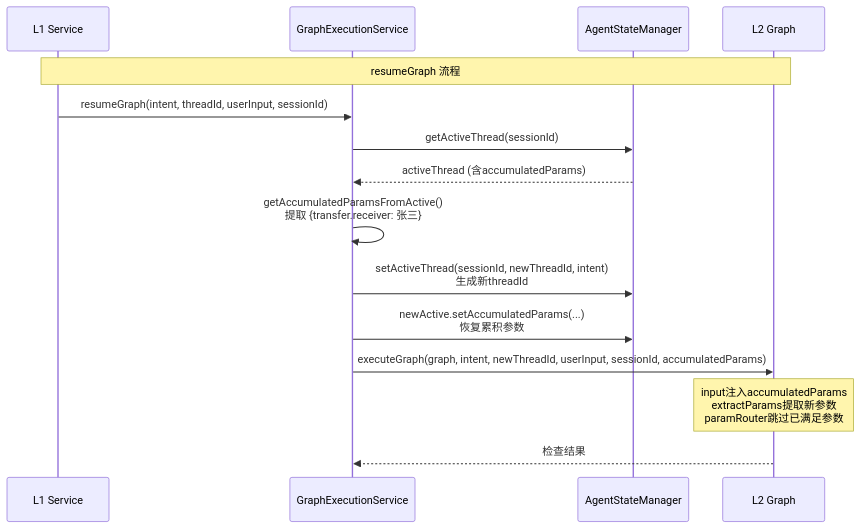
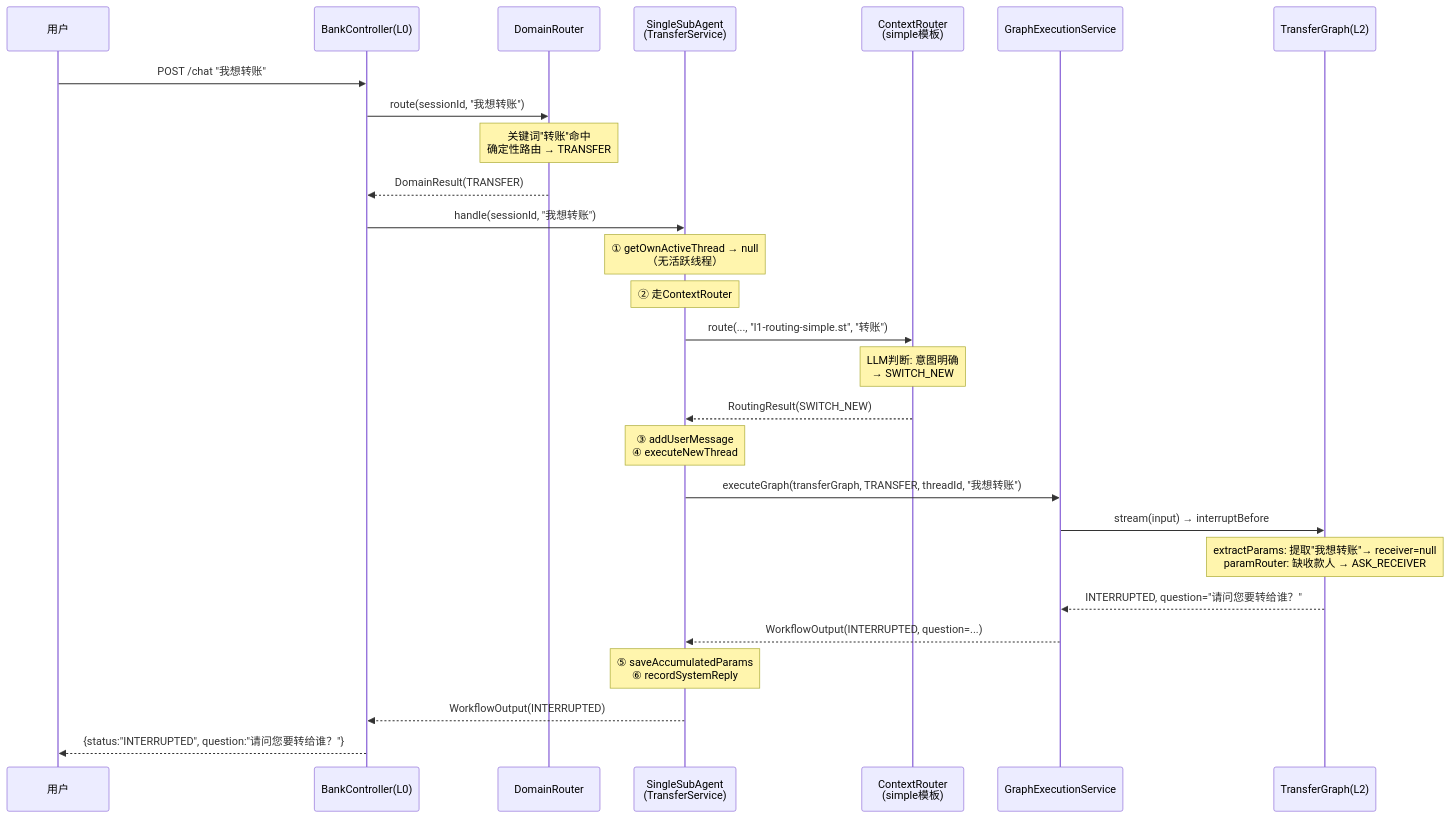
The fifth of 17 diagrams in ARCHITECTURE-FULL.md (michael-lin-45/mobile-ai-bank-demo---workbuddy), drawn with Mermaid before and after one commit. The commit also changed other lines of this file and 9 other files, not shown here.

````diff
--- a/ARCHITECTURE-FULL.md
+++ b/ARCHITECTURE-FULL.md
@@ -359,18 +423,33 @@
 ```mermaid
 sequenceDiagram
-    participant L1 as L1 Service
+    participant U as 用户
+    participant BC as BankController(L0)
+    participant DR as DomainRouter
+    participant SSAD as SingleSubAgent<br/>(TransferService)
+    participant CR as ContextRouter<br/>(simple模板)
     participant GES as GraphExecutionService
-    participant ASM as AgentStateManager
-    participant Graph as L2 Graph
+    participant TG as TransferGraph(L2)
+
+    U->>BC: POST /chat "我想转账"
+    BC->>DR: route(sessionId, "我想转账")
+    Note over DR: 关键词"转账"命中<br/>确定性路由 → TRANSFER
+    DR-->>BC: DomainResult(TRANSFER)
     
-    Note over L1,Graph: resumeGraph 流程
-    L1->>GES: resumeGraph(intent, threadId, userInput, sessionId)
-    GES->>ASM: getActiveThread(sessionId)
-    ASM-->>GES: activeThread (含accumulatedParams)
-    GES->>GES: getAccumulatedParamsFromActive()<br/>提取 {transfer.receiver: 张三}
-    GES->>ASM: setActiveThread(sessionId, newThreadId, intent)<br/>生成新threadId
-    GES->>ASM: newActive.setAccumulatedParams(...)<br/>恢复累积参数
-    GES->>Graph: executeGraph(graph, intent, newThreadId, userInput, sessionId, accumulatedParams)
-    Note over Graph: input注入accumulatedParams<br/>extractParams提取新参数<br/>paramRouter跳过已满足参数
-    Graph-->>GES: 检查结果
+    BC->>SSAD: handle(sessionId, "我想转账")
+    Note over SSAD: ① getOwnActiveThread → null<br/>（无活跃线程）
+    Note over SSAD: ② 走ContextRouter
+    SSAD->>CR: route(..., "l1-routing-simple.st", "转账")
+    Note over CR: LLM判断: 意图明确<br/>→ SWITCH_NEW
+    CR-->>SSAD: RoutingResult(SWITCH_NEW)
+    
+    Note over SSAD: ③ addUserMessage<br/>④ executeNewThread
+    SSAD->>GES: executeGraph(transferGraph, TRANSFER, threadId, "我想转账")
+    GES->>TG: stream(input) → interruptBefore
+    Note over TG: extractParams: 提取"我想转账"→ receiver=null<br/>paramRouter: 缺收款人 → ASK_RECEIVER
+    TG-->>GES: INTERRUPTED, question="请问您要转给谁？"
+    GES-->>SSAD: WorkflowOutput(INTERRUPTED, question=...)
+    
+    Note over SSAD: ⑤ saveAccumulatedParams<br/>⑥ recordSystemReply
+    SSAD-->>BC: WorkflowOutput(INTERRUPTED)
+    BC-->>U: {status:"INTERRUPTED", question:"请问您要转给谁？"}
 ```
````
